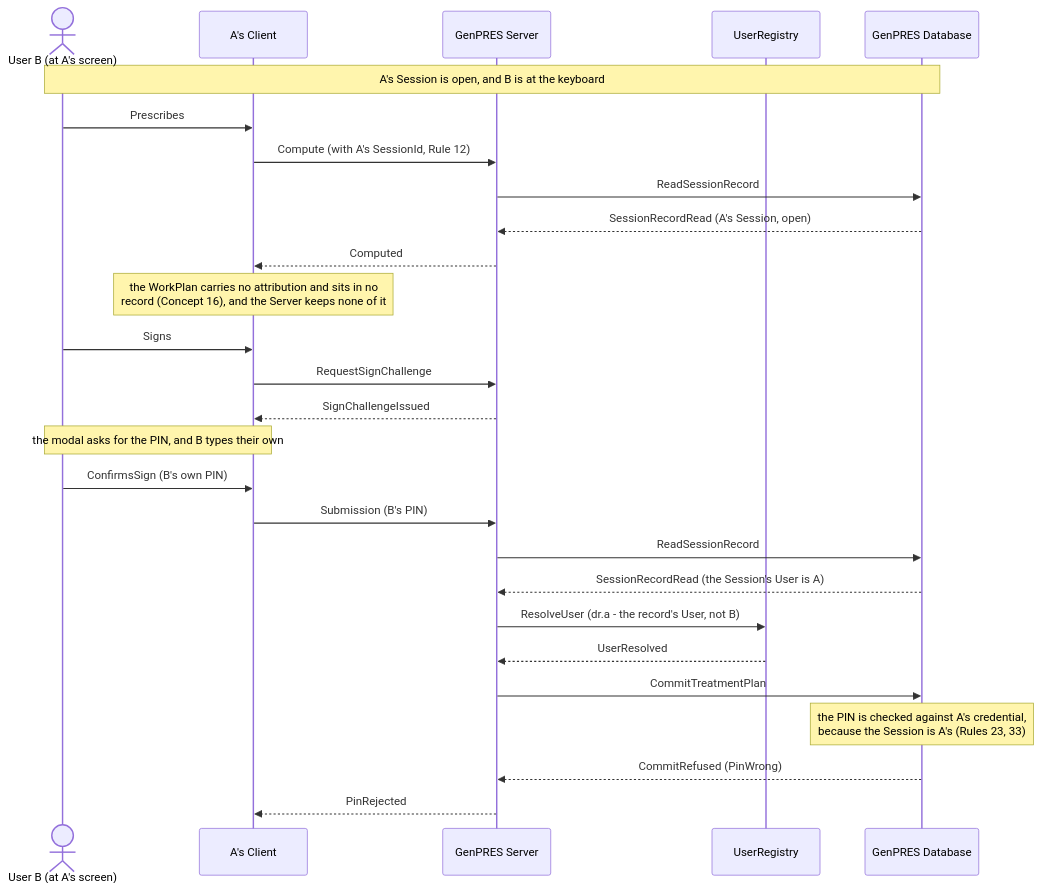
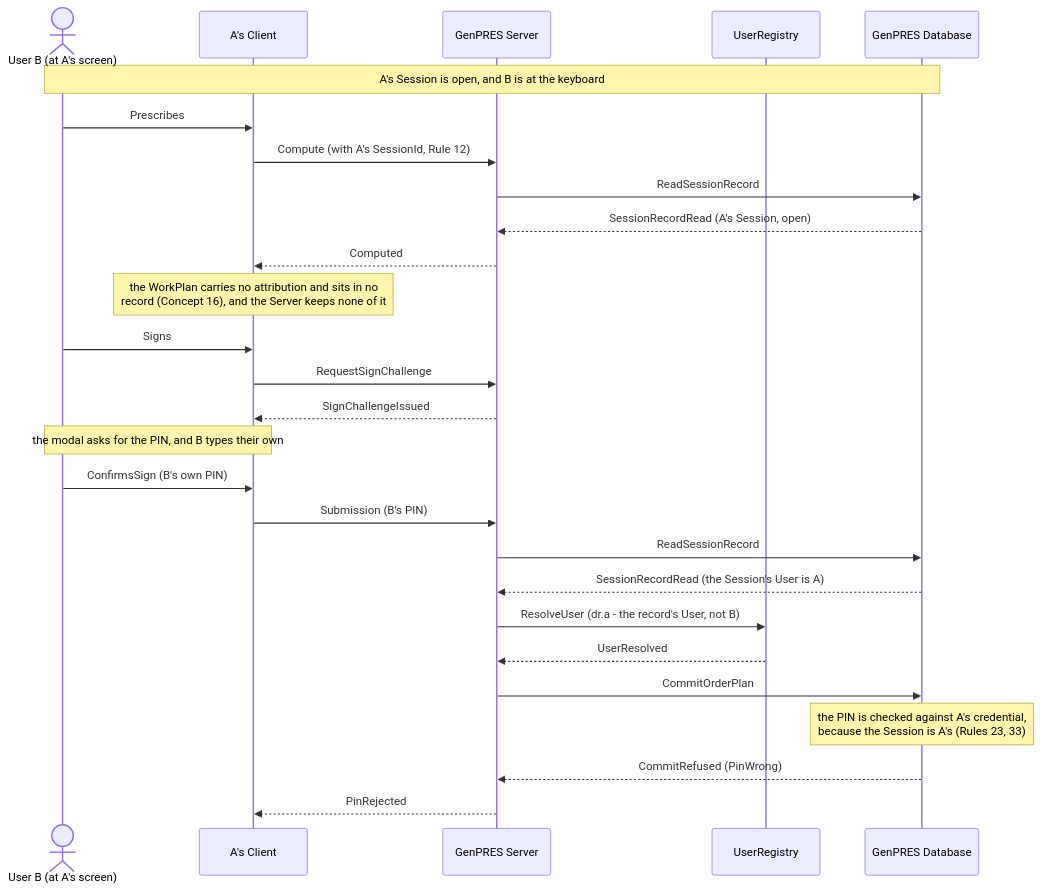
Before and after one commit to informedica/GenPRES: the diagram in docs/scenarios/integration/uc-05-workstation-takeover.md, drawn with Mermaid. The commit also changed 11 other files, not shown here.

First line of the commit message:
docs: call the integration design's TreatmentPlan OrderPlan

````diff
--- a/docs/scenarios/integration/uc-05-workstation-takeover.md
+++ b/docs/scenarios/integration/uc-05-workstation-takeover.md
@@ -9,33 +9,33 @@
 ```mermaid
 sequenceDiagram
     actor B as User B (at A's screen)
     participant C as A's Client
     participant S as GenPRES Server
     participant R as UserRegistry
     participant D as GenPRES Database
 
     Note over B,D: A's Session is open, and B is at the keyboard
 
     B->>C: Prescribes
     C->>S: Compute (with A's SessionId, Rule 12)
     S->>D: ReadSessionRecord
     D-->>S: SessionRecordRead (A's Session, open)
     S-->>C: Computed
     Note over C: the WorkPlan carries no attribution and sits in no<br/>record (Concept 16), and the Server keeps none of it
 
     B->>C: Signs
     C->>S: RequestSignChallenge
     S-->>C: SignChallengeIssued
     Note over B,C: the modal asks for the PIN, and B types their own
     B->>C: ConfirmsSign (B's own PIN)
     C->>S: Submission (B's PIN)
 
     S->>D: ReadSessionRecord
     D-->>S: SessionRecordRead (the Session's User is A)
     S->>R: ResolveUser (dr.a - the record's User, not B)
     R-->>S: UserResolved
-    S->>D: CommitTreatmentPlan
+    S->>D: CommitOrderPlan
     Note over D: the PIN is checked against A's credential,<br/>because the Session is A's (Rules 23, 33)
     D-->>S: CommitRefused (PinWrong)
     S-->>C: PinRejected
 ```
````
